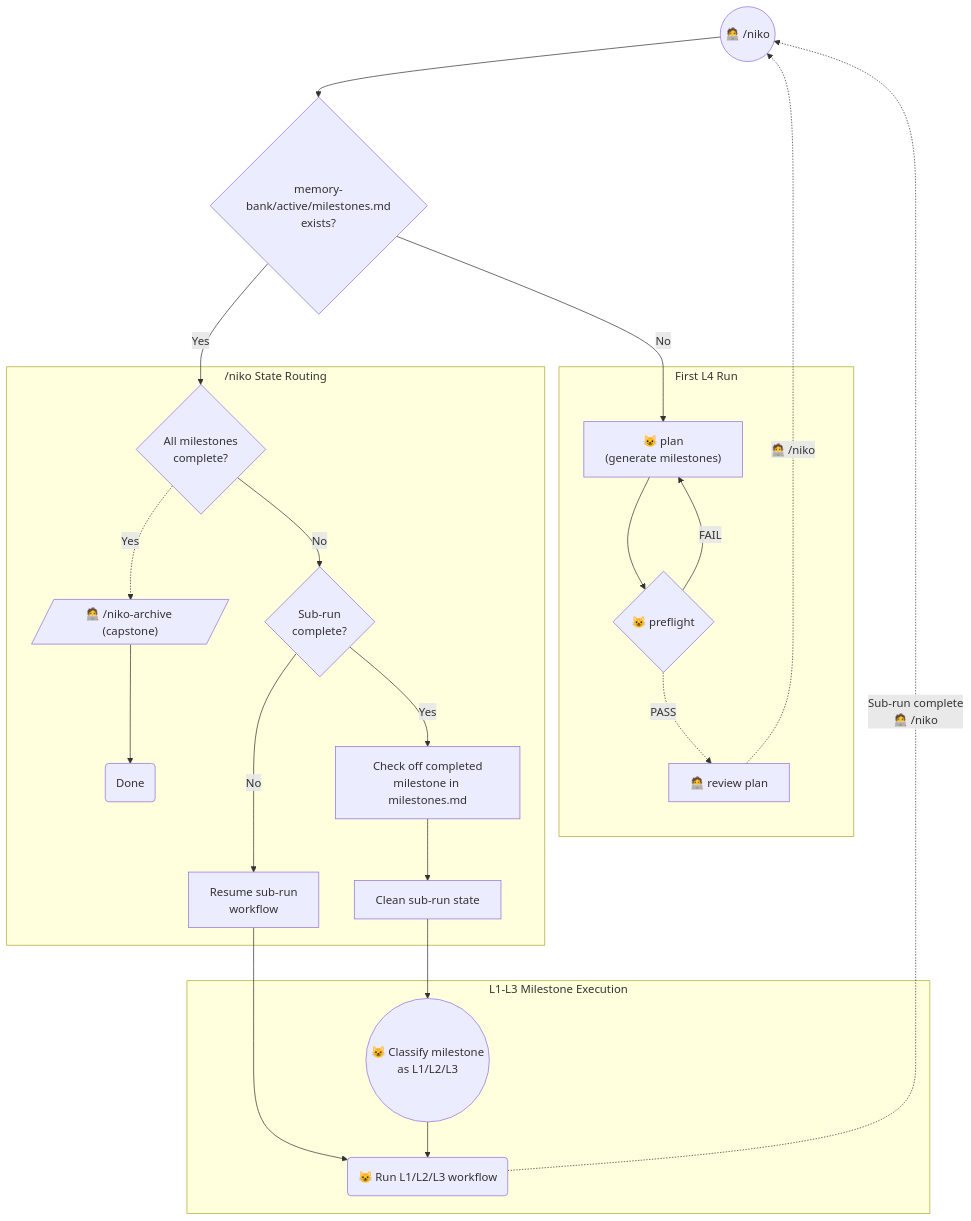
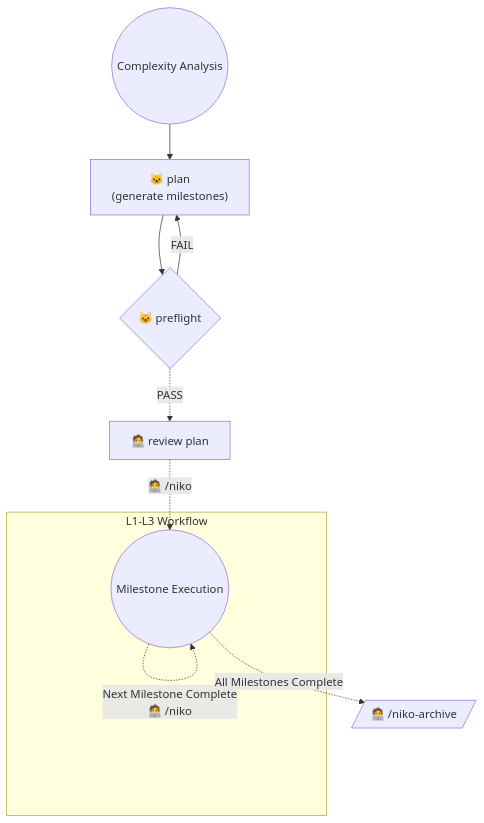
The diagram in rulesets/niko/niko/level4/level4-workflow.mdc (Texarkanine/.cursor-rules), drawn with Mermaid before and after one commit. The commit also changed other lines of this file and 2 other files, not shown here.

Commit message:
fix: think we got it

````diff
--- a/rulesets/niko/niko/level4/level4-workflow.mdc
+++ b/rulesets/niko/niko/level4/level4-workflow.mdc
@@ -11,49 +11,13 @@
 ```mermaid
 graph TD
-
-    Start(("🧑‍💻 /niko"))
-    CheckIfMilestones{"memory-bank/active/milestones.md<br>exists?"}
-
-    subgraph Init["First L4 Run"]
-        NikoPlan["😺 plan<br>(generate milestones)"]
-        NikoPreflight{"😺 preflight"}
-        ManualReview["🧑‍💻 review plan"]
+    Start(("Complexity Analysis")) --> NikoPlan["🐱 plan<br>(generate milestones)"]
+    NikoPlan --> NikoPreflight{"🐱 preflight"}
+    NikoPreflight -->|"FAIL"| NikoPlan
+    NikoPreflight -.->|"PASS"| ManualReview["🧑‍💻 review plan"]
+    ManualReview -.->|"🧑‍💻 /niko"| Niko
+    subgraph SubWorkflow["L1-L3 Workflow"]
+        Niko(("Milestone Execution"))
+        Niko -.->|"Next Milestone Complete<br>🧑‍💻 /niko"| Niko
     end
-
-    subgraph NikoRouting["/niko State Routing"]
-        CheckMilestoneCompletion{"All milestones<br>complete?"}
-        Capstone[/"🧑‍💻 /niko-archive (capstone)"/]
-        Capstone --> Done("Done")
-        PrevDone{"Sub-run<br>complete?"}
-        CheckOff["Check off completed<br>milestone in milestones.md"]
-        Cleanup["Clean sub-run state"]
-        Resume["Resume sub-run<br>workflow"]
-    end
-
-    subgraph SubWorkflow["L1-L3 Milestone Execution"]
-        Classify(("😺 Classify milestone<br>as L1/L2/L3"))
-        SubRun("😺 Run L1/L2/L3 workflow")
-    end
-
-    Start --> CheckIfMilestones
-
-    CheckIfMilestones -->|"No"| NikoPlan
-    NikoPlan --> NikoPreflight
-    NikoPreflight -->|"FAIL"| NikoPlan
-
-    NikoPreflight -.->|"PASS"| ManualReview
-    ManualReview -.->|"🧑‍💻 /niko"| Start
-
-    CheckIfMilestones -->|"Yes"| CheckMilestoneCompletion
-    CheckMilestoneCompletion -.->|"Yes"| Capstone
-
-    CheckMilestoneCompletion -->|"No"| PrevDone
-    PrevDone --"Yes"--> CheckOff
-    CheckOff --> Cleanup --> Classify
-
-    PrevDone --"No"--> Resume
-    Resume --> SubRun
-
-    Classify --> SubRun
-    SubRun -.->|"Sub-run complete<br>🧑‍💻 /niko"| Start
+    Niko -.->|"All Milestones Complete"| NikoArchive[/"🧑‍💻 /niko-archive"/]
 ```
````
